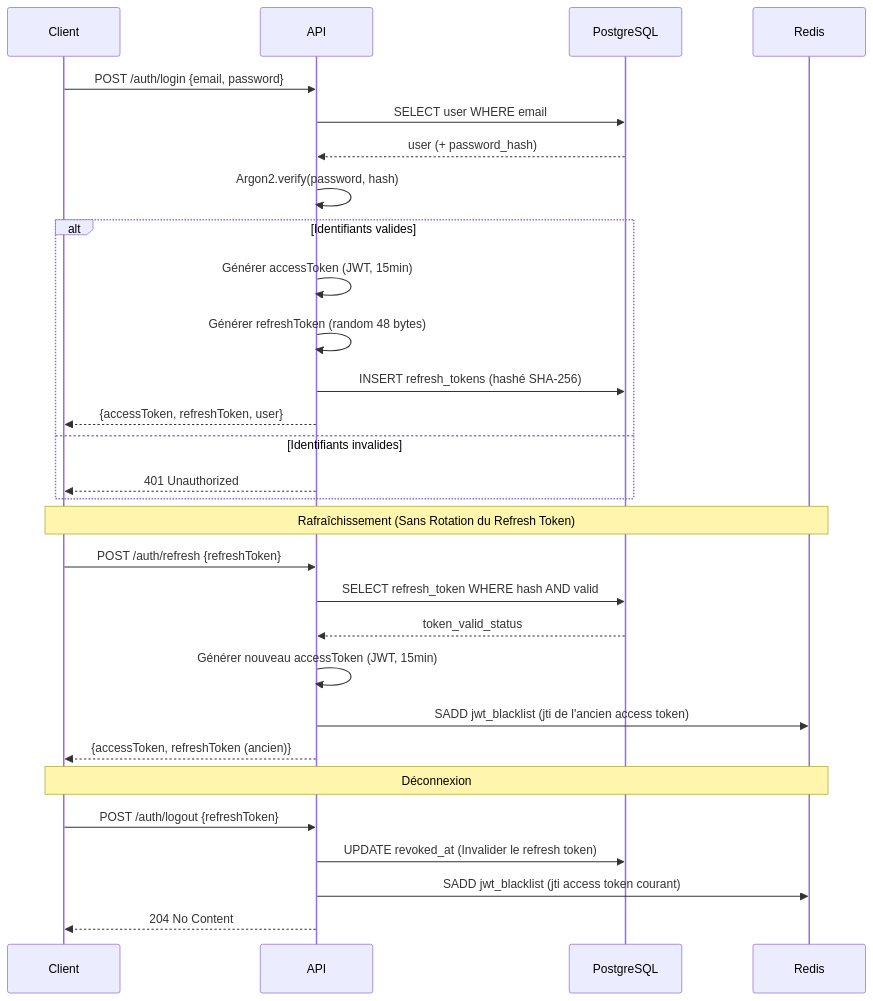
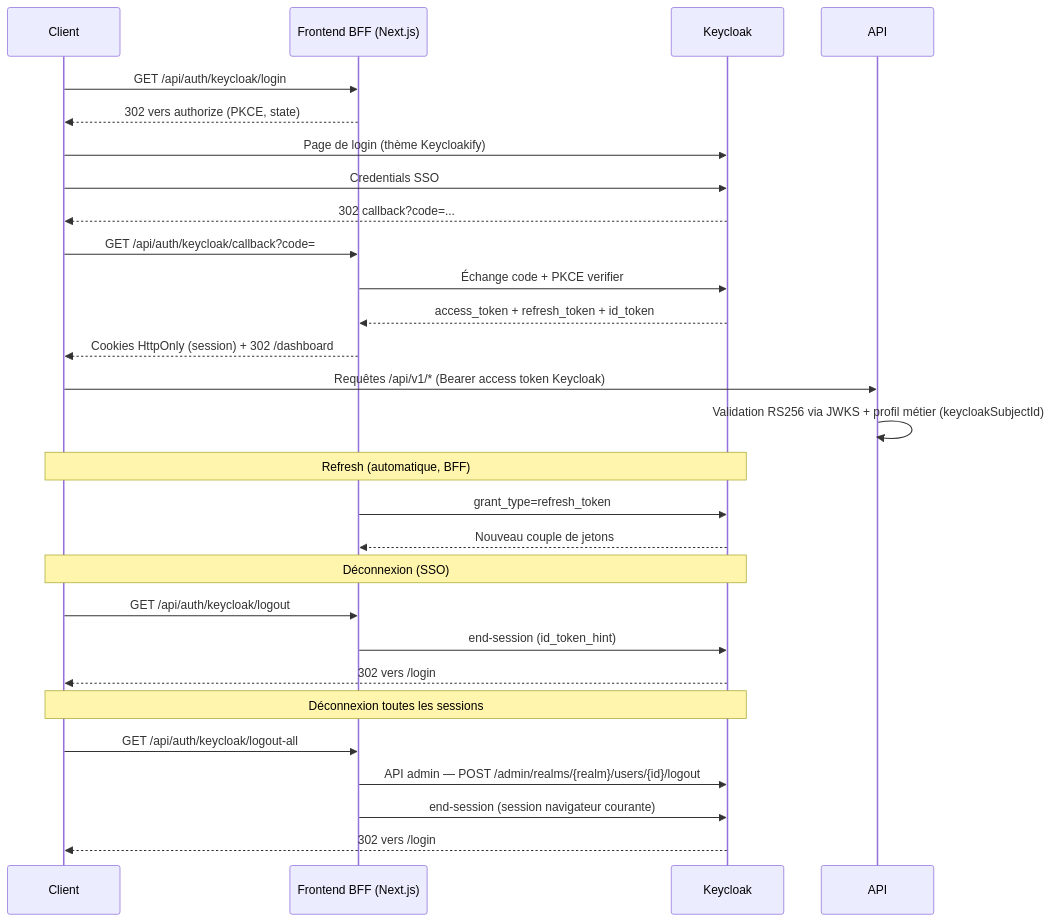
Before and after one commit to enockmigjr/Test-Backend-Telecom: the second of 10 diagrams in docs/architecture-flows.md, drawn with Mermaid. The commit also changed other lines of this file and 16 other files, not shown here.

Commit message:
fix(auth): issuer keycloak stable (KC_HOSTNAME), logout toutes-sessions via API admin, docs .md à jour

````diff
--- a/docs/architecture-flows.md
+++ b/docs/architecture-flows.md
@@ -29,36 +29,34 @@
 ```mermaid
 sequenceDiagram
     participant Client
+    participant BFF as Frontend BFF (Next.js)
+    participant Keycloak
     participant API
-    participant PostgreSQL
-    participant Redis
 
-    Client->>API: POST /auth/login {email, password}
-    API->>PostgreSQL: SELECT user WHERE email
-    PostgreSQL-->>API: user (+ password_hash)
-    API->>API: Argon2.verify(password, hash)
-    alt Identifiants valides
-        API->>API: Générer accessToken (JWT, 15min)
-        API->>API: Générer refreshToken (random 48 bytes)
-        API->>PostgreSQL: INSERT refresh_tokens (hashé SHA-256)
-        API-->>Client: {accessToken, refreshToken, user}
-    else Identifiants invalides
-        API-->>Client: 401 Unauthorized
-    end
+    Client->>BFF: GET /api/auth/keycloak/login
+    BFF-->>Client: 302 vers authorize (PKCE, state)
+    Client->>Keycloak: Page de login (thème Keycloakify)
+    Client->>Keycloak: Credentials SSO
+    Keycloak-->>Client: 302 callback?code=...
+    Client->>BFF: GET /api/auth/keycloak/callback?code=
+    BFF->>Keycloak: Échange code + PKCE verifier
+    Keycloak-->>BFF: access_token + refresh_token + id_token
+    BFF-->>Client: Cookies HttpOnly (session) + 302 /dashboard
+    Client->>API: Requêtes /api/v1/* (Bearer access token Keycloak)
+    API->>API: Validation RS256 via JWKS + profil métier (keycloakSubjectId)
 
-    Note over Client,Redis: Rafraîchissement (Sans Rotation du Refresh Token)
+    Note over Client,Keycloak: Refresh (automatique, BFF)
+    BFF->>Keycloak: grant_type=refresh_token
+    Keycloak-->>BFF: Nouveau couple de jetons
 
-    Client->>API: POST /auth/refresh {refreshToken}
-    API->>PostgreSQL: SELECT refresh_token WHERE hash AND valid
-    PostgreSQL-->>API: token_valid_status
-    API->>API: Générer nouveau accessToken (JWT, 15min)
-    API->>Redis: SADD jwt_blacklist (jti de l'ancien access token)
-    API-->>Client: {accessToken, refreshToken (ancien)}
+    Note over Client,Keycloak: Déconnexion (SSO)
+    Client->>BFF: GET /api/auth/keycloak/logout
+    BFF->>Keycloak: end-session (id_token_hint)
+    Keycloak-->>Client: 302 vers /login
 
-    Note over Client,Redis: Déconnexion
-
-    Client->>API: POST /auth/logout {refreshToken}
-    API->>PostgreSQL: UPDATE revoked_at (Invalider le refresh token)
-    API->>Redis: SADD jwt_blacklist (jti access token courant)
-    API-->>Client: 204 No Content
+    Note over Client,Keycloak: Déconnexion toutes les sessions
+    Client->>BFF: GET /api/auth/keycloak/logout-all
+    BFF->>Keycloak: API admin — POST /admin/realms/{realm}/users/{id}/logout
+    BFF->>Keycloak: end-session (session navigateur courante)
+    Keycloak-->>Client: 302 vers /login
 ```
````
